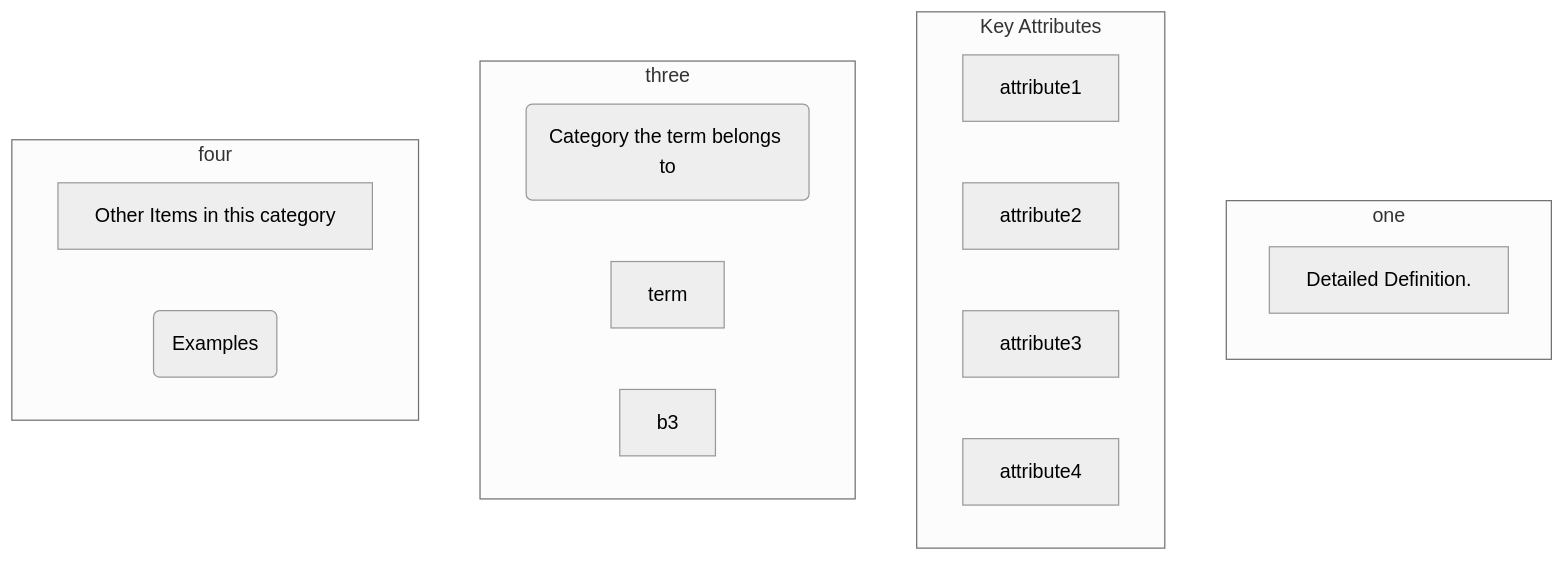
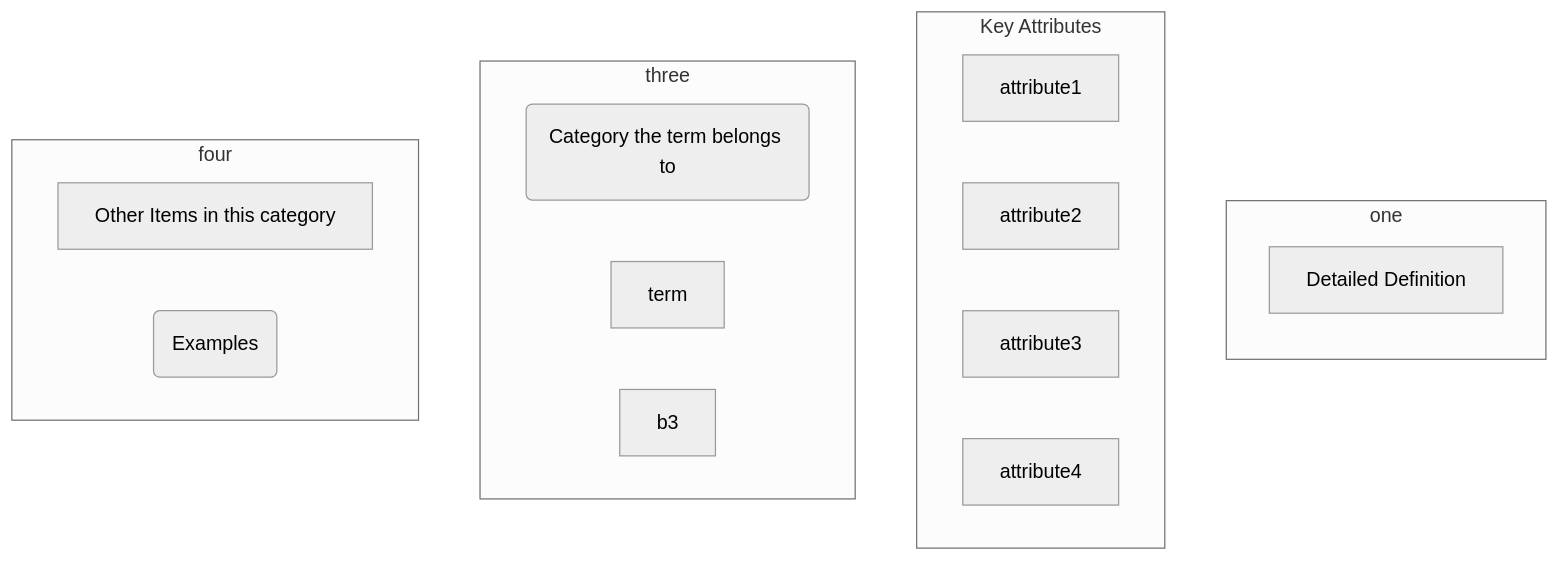
One commit to gerbssusd/dok changed the diagram in slides.md. Above: the diagram before and after it, drawn with Mermaid (neutral theme).

````diff
--- a/slides.md
+++ b/slides.md
@@ -217,30 +217,30 @@
 ```mermaid
 flowchart TB
     subgraph one 
      direction TB
-    a1[Detailed Definition.]
+    a1[Detailed Definition]
      end
     subgraph Key Attributes
      d1[attribute1]
      d2[attribute2]
      d3[attribute3]
      d4[attribute4]
      end
     subgraph three
       direction LR
         b1(Category the term belongs to)
         b2[term]
         b3 
         end
     subgraph four
       direction LR
     c1[Other Items in this category] 
     c2(Examples)
     end
 
 
 
 
 
 
 ```
````
